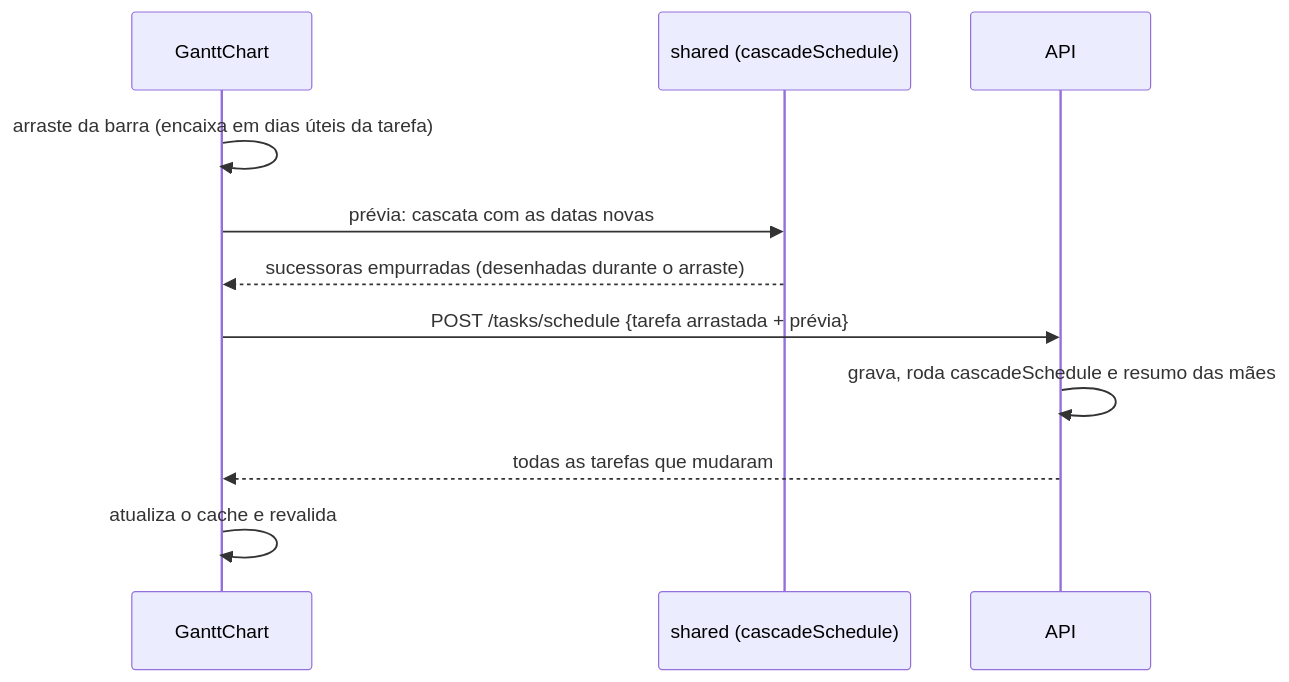
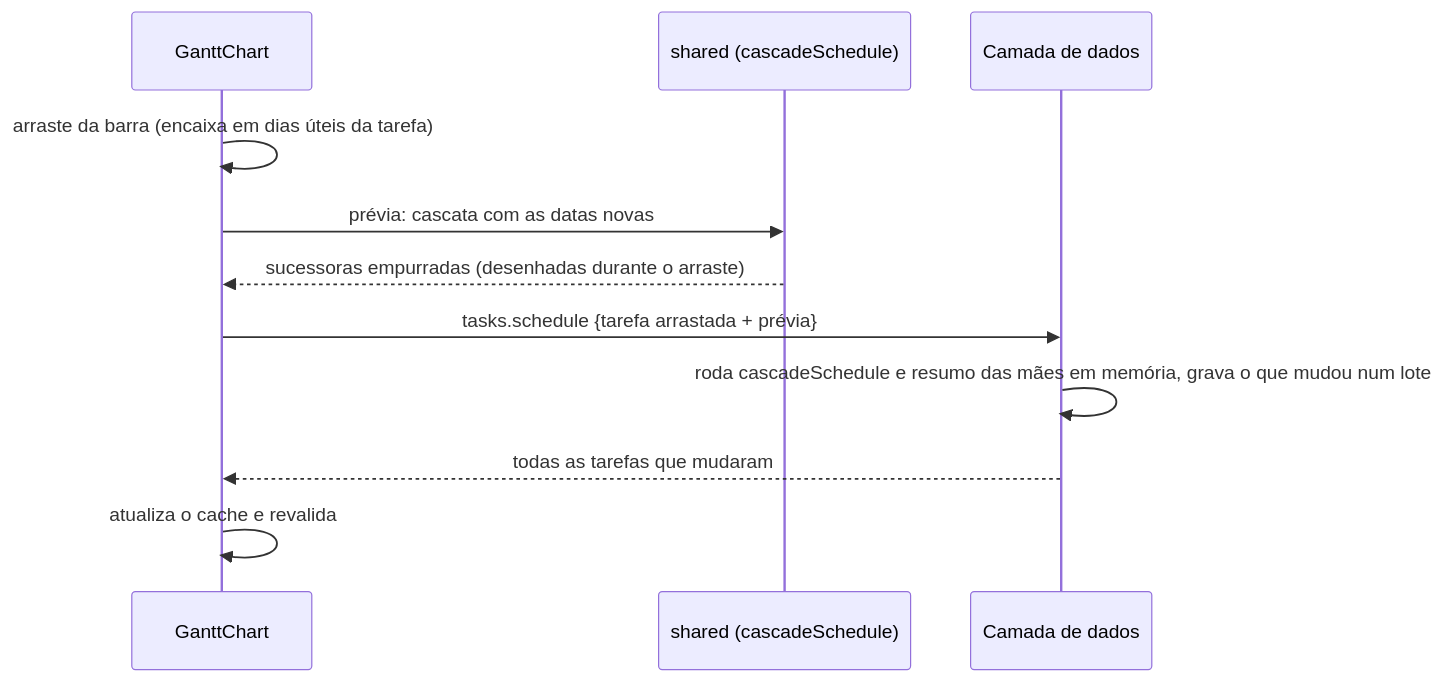
The fifth of 6 diagrams in docs/07-fluxos-aplicacao.md (RuanPS01/open-task-tracker), drawn with Mermaid before and after one commit. The commit also changed other lines of this file and 12 other files, not shown here.

````diff
--- a/docs/07-fluxos-aplicacao.md
+++ b/docs/07-fluxos-aplicacao.md
@@ -94,13 +146,13 @@
 ```mermaid
 sequenceDiagram
   participant G as GanttChart
   participant S as shared (cascadeSchedule)
-  participant A as API
+  participant D as Camada de dados
   G->>G: arraste da barra (encaixa em dias úteis da tarefa)
   G->>S: prévia: cascata com as datas novas
   S-->>G: sucessoras empurradas (desenhadas durante o arraste)
-  G->>A: POST /tasks/schedule {tarefa arrastada + prévia}
-  A->>A: grava, roda cascadeSchedule e resumo das mães
-  A-->>G: todas as tarefas que mudaram
+  G->>D: tasks.schedule {tarefa arrastada + prévia}
+  D->>D: roda cascadeSchedule e resumo das mães em memória, grava o que mudou num lote
+  D-->>G: todas as tarefas que mudaram
   G->>G: atualiza o cache e revalida
 ```
````
